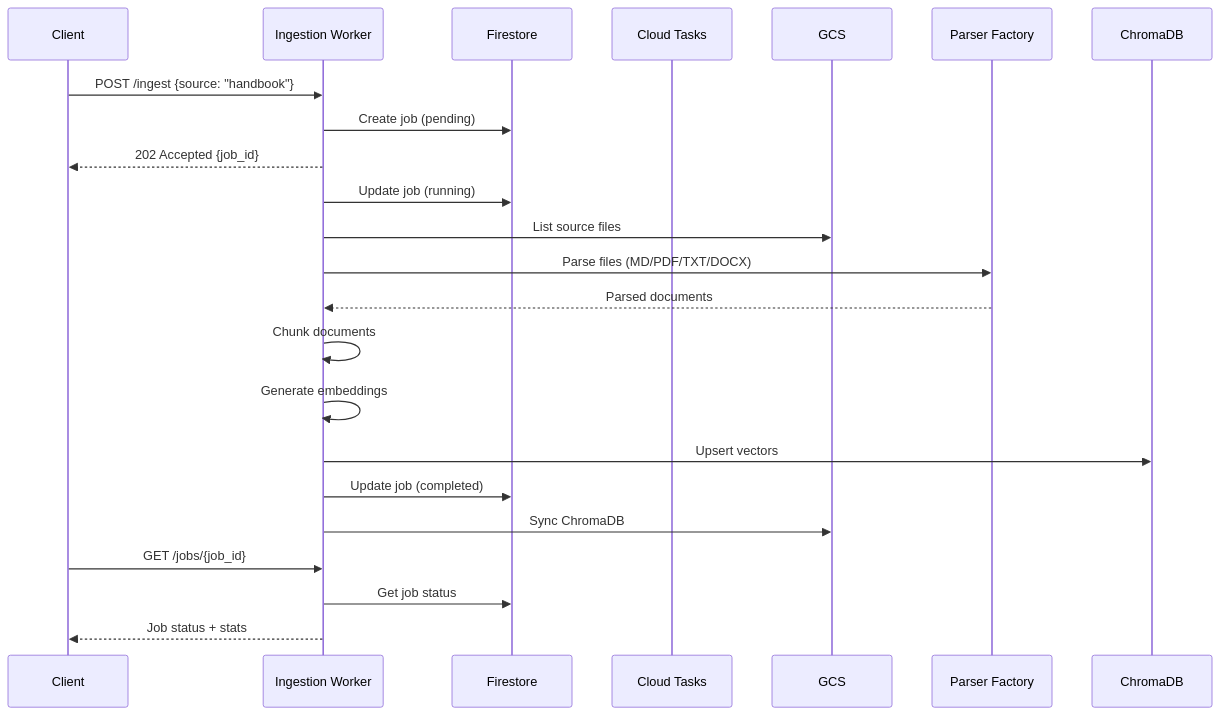
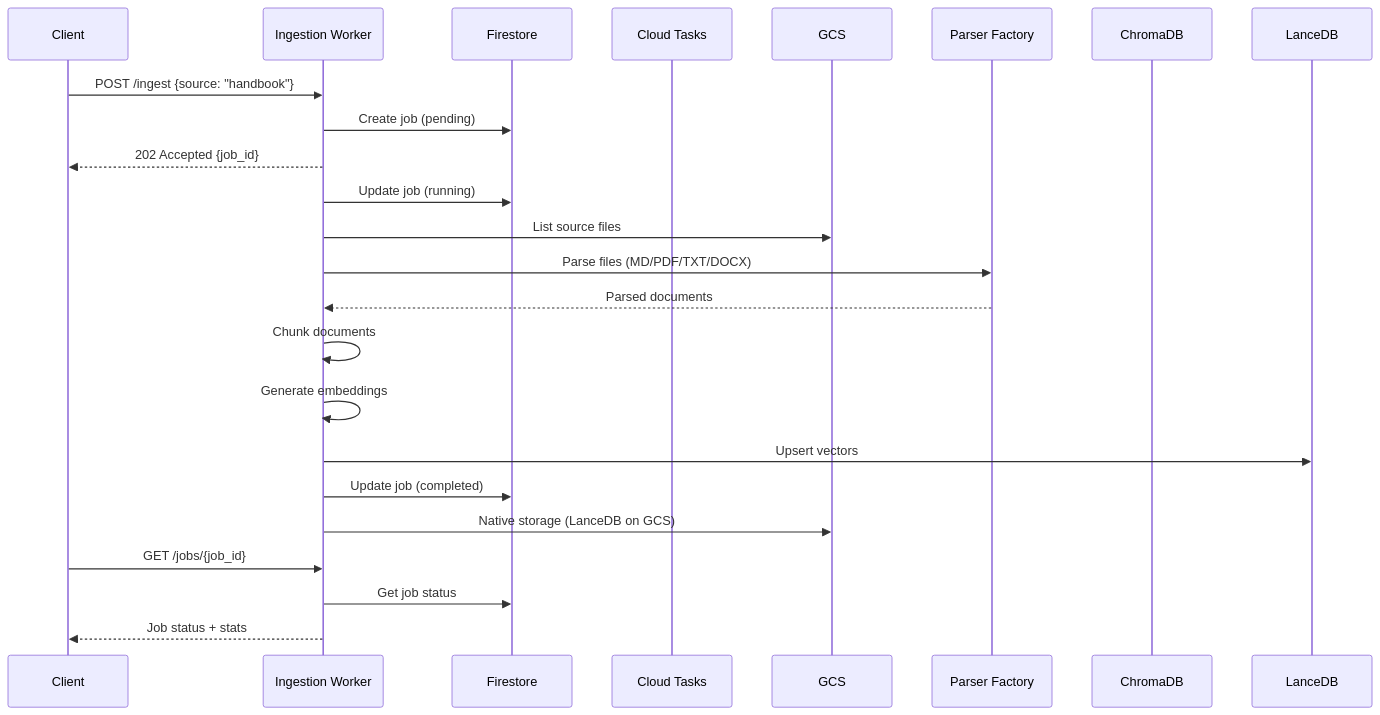
One commit to TheWinterShadow/Thoth changed the second of 5 diagrams in docs/source/architecture/ingestion.md. Above: the diagram before and after it, drawn with Mermaid. The commit also changed other lines of this file and 38 other files, not shown here.

````diff
--- a/docs/source/architecture/ingestion.md
+++ b/docs/source/architecture/ingestion.md
@@ -67,29 +67,29 @@
 ```mermaid
 sequenceDiagram
     participant Client
     participant Worker as Ingestion Worker
     participant Jobs as Firestore
     participant Tasks as Cloud Tasks
     participant GCS
     participant Parsers as Parser Factory
     participant ChromaDB
 
     Client->>Worker: POST /ingest {source: "handbook"}
     Worker->>Jobs: Create job (pending)
     Worker-->>Client: 202 Accepted {job_id}
     Worker->>Jobs: Update job (running)
 
     Worker->>GCS: List source files
     Worker->>Parsers: Parse files (MD/PDF/TXT/DOCX)
     Parsers-->>Worker: Parsed documents
     Worker->>Worker: Chunk documents
     Worker->>Worker: Generate embeddings
-    Worker->>ChromaDB: Upsert vectors
+    Worker->>LanceDB: Upsert vectors
 
     Worker->>Jobs: Update job (completed)
-    Worker->>GCS: Sync ChromaDB
+    Worker->>GCS: Native storage (LanceDB on GCS)
 
     Client->>Worker: GET /jobs/{job_id}
     Worker->>Jobs: Get job status
     Worker-->>Client: Job status + stats
 ```
````
